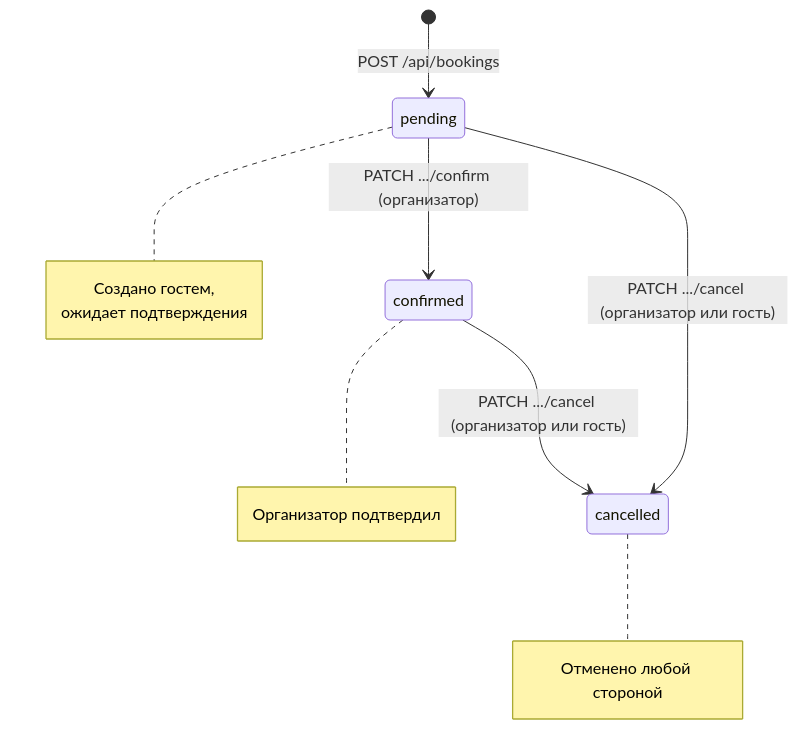
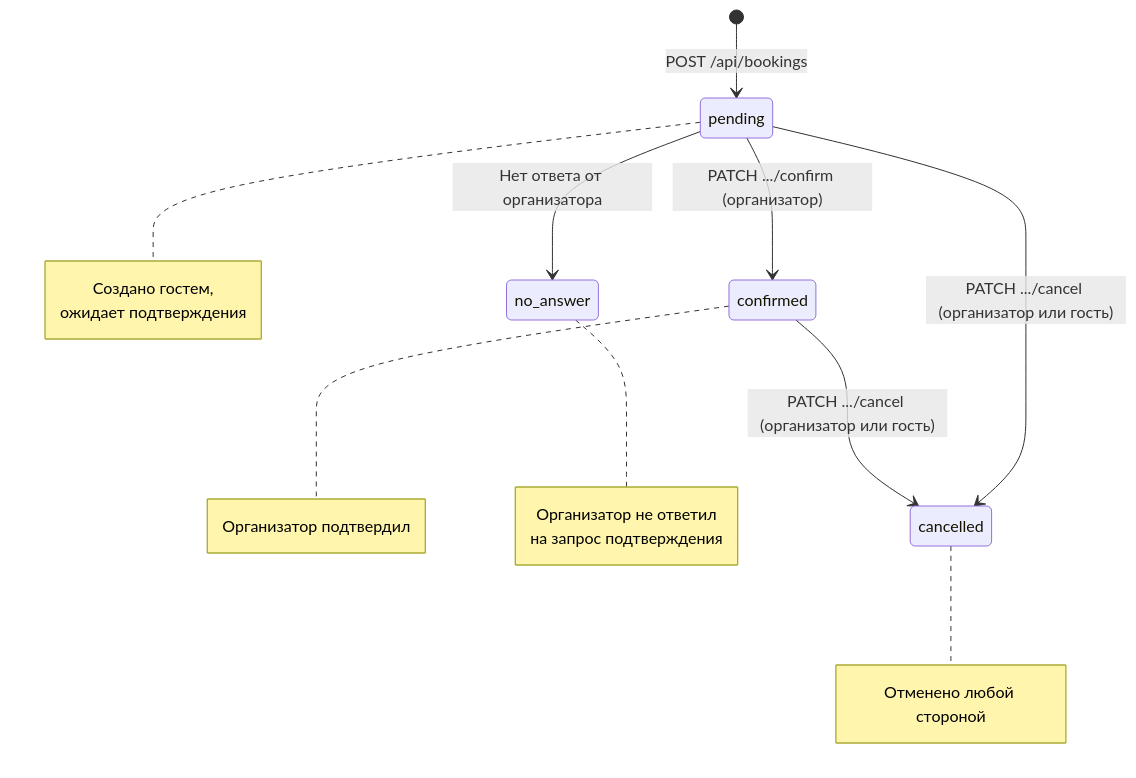
Before and after one commit to iwantproger/do_vstrechi: the second of 2 diagrams in docs/DATA_MODELS.md, drawn with Mermaid. The commit also changed other lines of this file and 8 other files, not shown here.

````diff
--- a/docs/DATA_MODELS.md
+++ b/docs/DATA_MODELS.md
@@ -184,11 +311,13 @@
 ```mermaid
 stateDiagram-v2
     [*] --> pending: POST /api/bookings
     pending --> confirmed: PATCH .../confirm (организатор)
     pending --> cancelled: PATCH .../cancel (организатор или гость)
+    pending --> no_answer: Нет ответа от организатора
     confirmed --> cancelled: PATCH .../cancel (организатор или гость)
 
     note right of pending: Создано гостем,<br/>ожидает подтверждения
     note right of confirmed: Организатор подтвердил
     note right of cancelled: Отменено любой стороной
+    note right of no_answer: Организатор не ответил<br/>на запрос подтверждения
 ```
````
